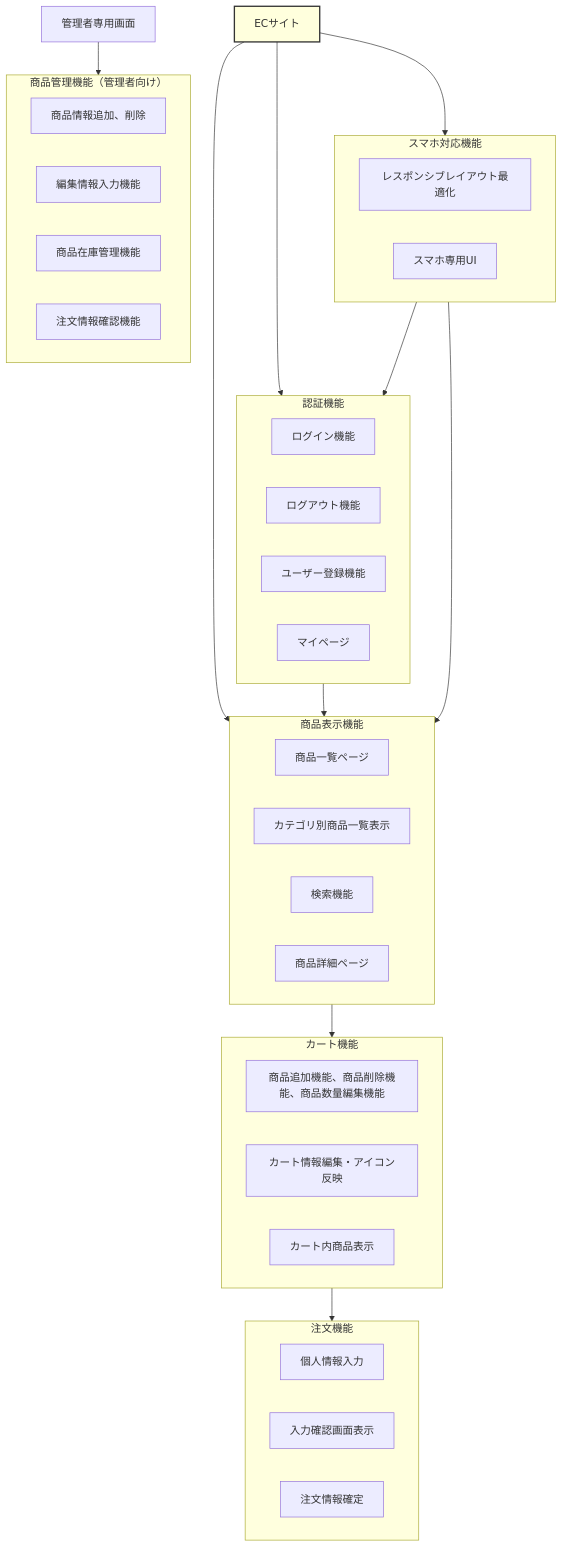
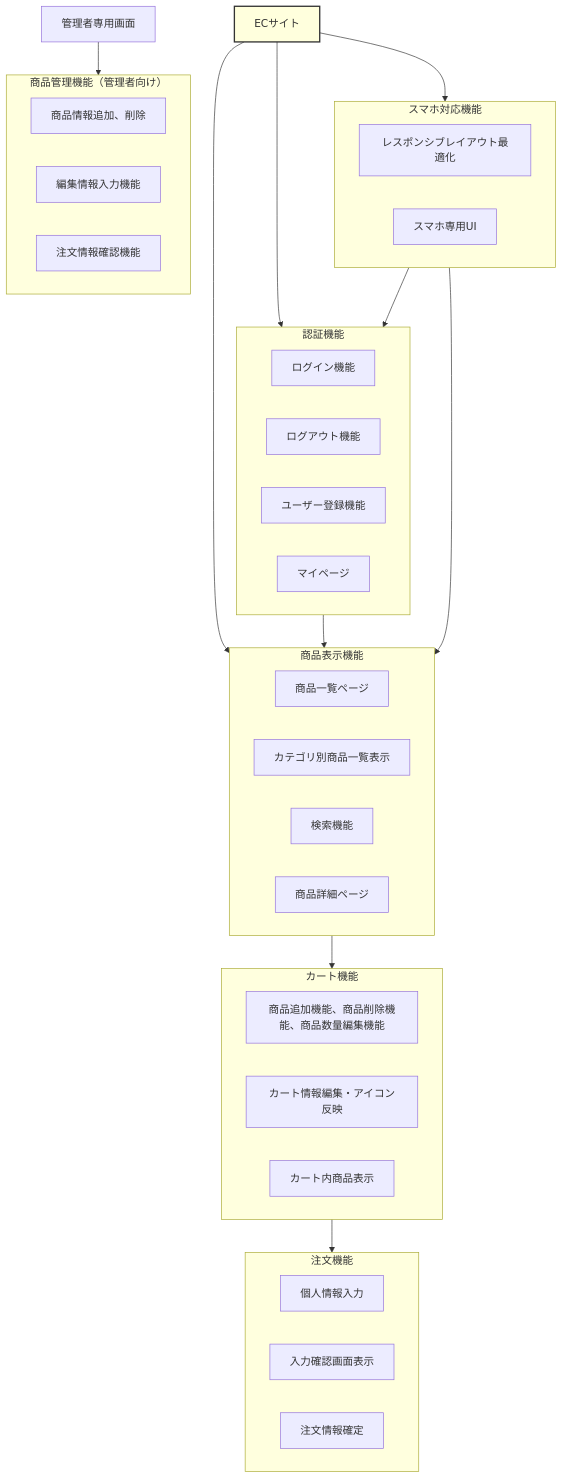
The first of 3 diagrams in 基本設計/B.md (YUKlT0/Equipe), drawn with Mermaid before and after one commit. The commit also changed other lines of this file, not shown here.

```diff
--- a/基本設計/B.md
+++ b/基本設計/B.md
@@ -31,58 +31,57 @@
 <div class="mermaid">
 graph TD
     A[ECサイト] --> B(認証機能)
     A --> C(商品表示機能)
     A --> F(スマホ対応機能)
     
 
     subgraph B[認証機能]
         B1[ログイン機能]
         B2[ログアウト機能]
         B3[ユーザー登録機能]
         B4[マイページ]
      end
 
     subgraph C[商品表示機能]
         C2[商品一覧ページ]
         C3[カテゴリ別商品一覧表示]
         C4[検索機能]
         C5[商品詳細ページ]
     end
 
     subgraph D[カート機能]
         D1[商品追加機能、商品削除機能、商品数量編集機能]
         D2[カート情報編集・アイコン反映]
         D3[カート内商品表示]
     end
 
     subgraph E[注文機能]
         E1[個人情報入力]
         E2[入力確認画面表示]
         E3[注文情報確定]
     end
 
     subgraph F[スマホ対応機能]
         F1[レスポンシブレイアウト最適化]
         F2[スマホ専用UI]
     end
 
      %% 管理者機能を明示的に右下へ分離
     Z[管理者専用画面] --> G
 
     subgraph G[商品管理機能（管理者向け）]
         G1[商品情報追加、削除]
         G2[編集情報入力機能]
-        G3[商品在庫管理機能]
-        G4[注文情報確認機能]
+        G3[注文情報確認機能]
 
     end
 
     B --> C
     C --> D
     D --> E
     F --> B
     F --> C
     
 
     style A fill:#ffd,stroke:#333,stroke-width:2px
 </div>
```
